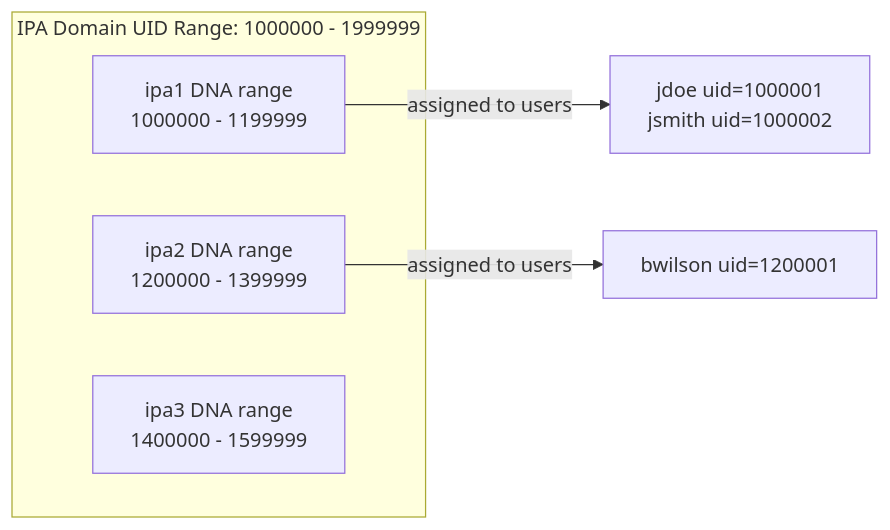
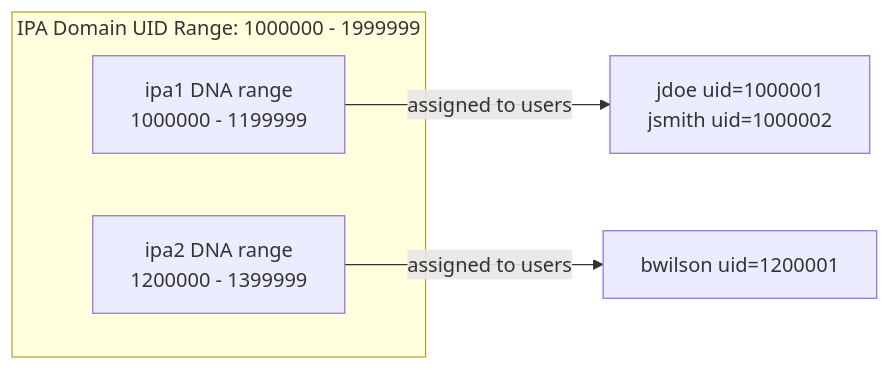
Before and after one commit to UncleJS/course_FreeIPA: the fourth of 8 diagrams in 03_identity_users_groups.md, drawn with Mermaid. The commit also changed other lines of this file and 24 other files, not shown here.

````diff
--- a/03_identity_users_groups.md
+++ b/03_identity_users_groups.md
@@ -313,10 +322,9 @@
 ```mermaid
 graph LR
     subgraph "IPA Domain UID Range: 1000000 - 1999999"
-        R1["ipa1 DNA range\n1000000 - 1199999"]
-        R2["ipa2 DNA range\n1200000 - 1399999"]
-        R3["ipa3 DNA range\n1400000 - 1599999"]
+        R1["ipa1 DNA range<br/>1000000 - 1199999"]
+        R2["ipa2 DNA range<br/>1200000 - 1399999"]
     end
-    R1 -->|assigned to users| U1["jdoe uid=1000001\njsmith uid=1000002"]
+    R1 -->|assigned to users| U1["jdoe uid=1000001<br/>jsmith uid=1000002"]
     R2 -->|assigned to users| U2["bwilson uid=1200001"]
 ```
````
